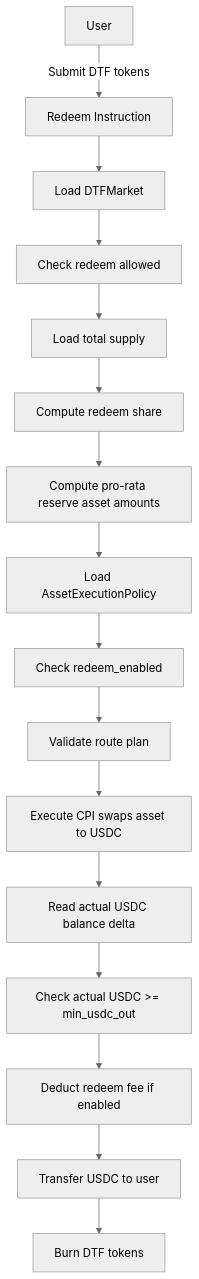
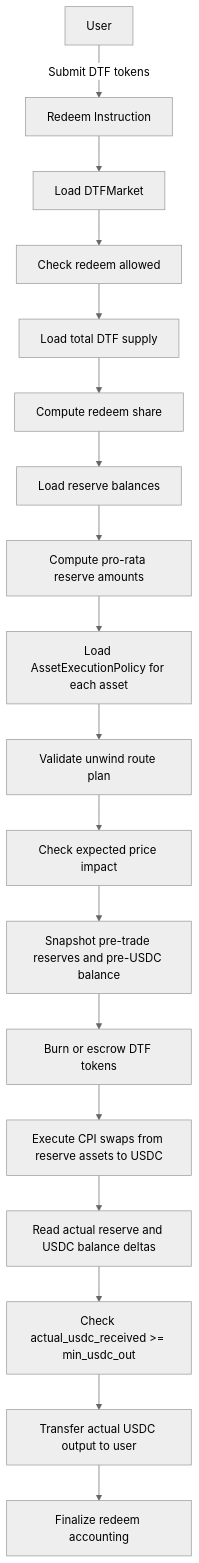
The diagram in requirements/04-redeem-requirements.md (Axis-pizza/Axis_docs), drawn with Mermaid (neutral theme) before and after one commit. The commit also changed other lines of this file and 6 other files, not shown here.

````diff
--- a/requirements/04-redeem-requirements.md
+++ b/requirements/04-redeem-requirements.md
@@ -11,18 +79,20 @@
-```mermaid
+```mermaid id="jt58ap"
 flowchart TD
     User[User] -->|Submit DTF tokens| Redeem[Redeem Instruction]
     Redeem --> Market[Load DTFMarket]
     Market --> Status[Check redeem allowed]
-    Status --> Supply[Load total supply]
+    Status --> Supply[Load total DTF supply]
     Supply --> Share[Compute redeem share]
-    Share --> Reserves[Compute pro-rata reserve asset amounts]
-    Reserves --> Policy[Load AssetExecutionPolicy]
-    Policy --> Flags[Check redeem_enabled]
-    Flags --> RoutePlan[Validate route plan]
-    RoutePlan --> CPI[Execute CPI swaps asset to USDC]
-    CPI --> Delta[Read actual USDC balance delta]
-    Delta --> MinOut[Check actual USDC >= min_usdc_out]
-    MinOut --> Fee[Deduct redeem fee if enabled]
-    Fee --> Transfer[Transfer USDC to user]
-    Transfer --> Burn[Burn DTF tokens]
+    Share --> Reserves[Load reserve balances]
+    Reserves --> Amounts[Compute pro-rata reserve amounts]
+    Amounts --> Policy[Load AssetExecutionPolicy for each asset]
+    Policy --> RoutePlan[Validate unwind route plan]
+    RoutePlan --> PriceImpact[Check expected price impact]
+    PriceImpact --> PreState[Snapshot pre-trade reserves and pre-USDC balance]
+    PreState --> BurnOrEscrow[Burn or escrow DTF tokens]
+    BurnOrEscrow --> CPI[Execute CPI swaps from reserve assets to USDC]
+    CPI --> Delta[Read actual reserve and USDC balance deltas]
+    Delta --> MinOut[Check actual_usdc_received >= min_usdc_out]
+    MinOut --> Output[Transfer actual USDC output to user]
+    Output --> Finalize[Finalize redeem accounting]
 ```
````
